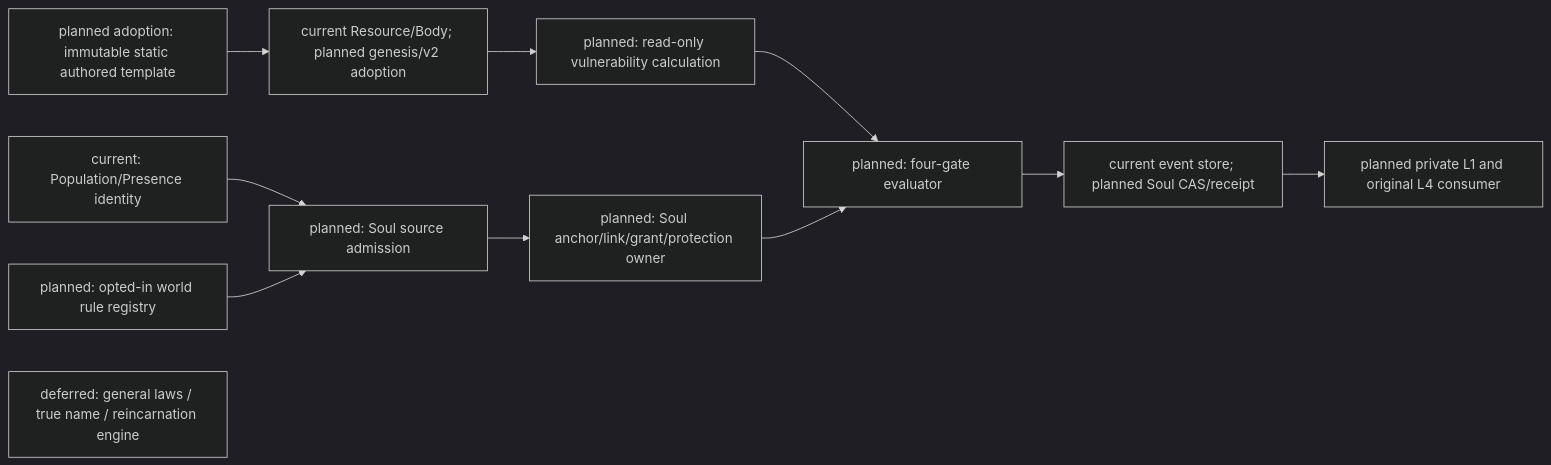
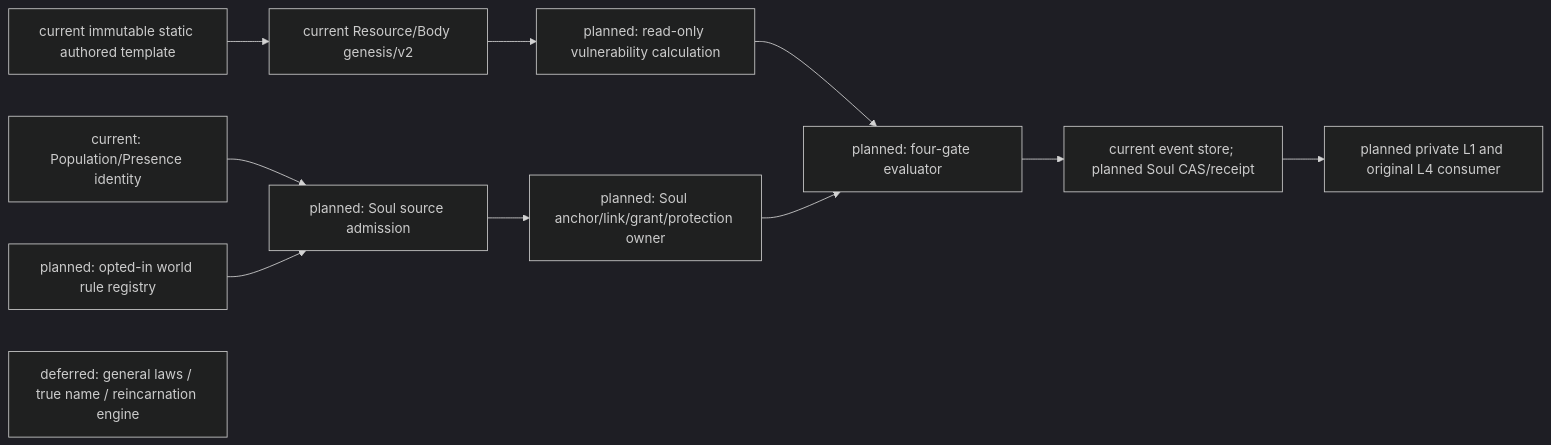
Before and after one commit to Dancing-coin/Paralls-phase0-1: the first of 3 diagrams in docs/superpowers/specs/2026-10-20-bounded-soul-owner-design.md, drawn with Mermaid (dark theme). The commit also changed other lines of this file and 4 other files, not shown here.

````diff
--- a/docs/superpowers/specs/2026-10-20-bounded-soul-owner-design.md
+++ b/docs/superpowers/specs/2026-10-20-bounded-soul-owner-design.md
@@ -85,13 +85,13 @@
 ```mermaid
 flowchart LR
   P["current: Population/Presence identity"] --> A["planned: Soul source admission"]
-  T["planned adoption: immutable static authored template"] --> R["current Resource/Body; planned genesis/v2 adoption"]
+  T["current immutable static authored template"] --> R["current Resource/Body genesis/v2"]
   R --> V["planned: read-only vulnerability calculation"]
   W["planned: opted-in world rule registry"] --> A
   A --> S["planned: Soul anchor/link/grant/protection owner"]
   V --> G["planned: four-gate evaluator"]
   S --> G
   G --> E["current event store; planned Soul CAS/receipt"]
   E --> L["planned private L1 and original L4 consumer"]
   X["deferred: general laws / true name / reincarnation engine"]
 ```
````
